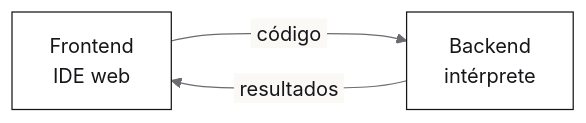
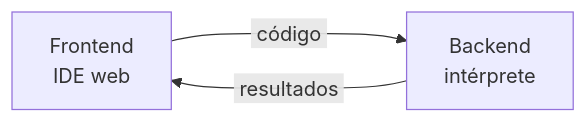
Before and after one commit to ELFBIBv/Conferencia_IPC1_2S2026: the fourth of 7 diagrams in presentacion.md, drawn with Mermaid. The commit also changed other lines of this file and 3 other files, not shown here.

````diff
--- a/presentacion.md
+++ b/presentacion.md
@@ -1142,6 +1136,5 @@
 ```mermaid {scale: 0.75}
-%%{init: {'theme':'base','themeVariables':{'fontFamily':'Segoe UI, Helvetica, Arial, sans-serif','primaryColor':'#ffffff','primaryBorderColor':'#16161a','primaryTextColor':'#16161a','secondaryColor':'#f1efe9','tertiaryColor':'#ffffff','lineColor':'#6b6b70','textColor':'#16161a','mainBkg':'#ffffff','nodeBorder':'#16161a','clusterBkg':'#f1efe9','clusterBorder':'#e3e0d9','edgeLabelBackground':'#faf9f6'}}}%%
 flowchart LR
   F["Frontend<br/>IDE web"] -- "&nbsp;código&nbsp;" ---> B["Backend<br/>intérprete"]
   B -- "&nbsp;resultados&nbsp;" ---> F
 ```
````
